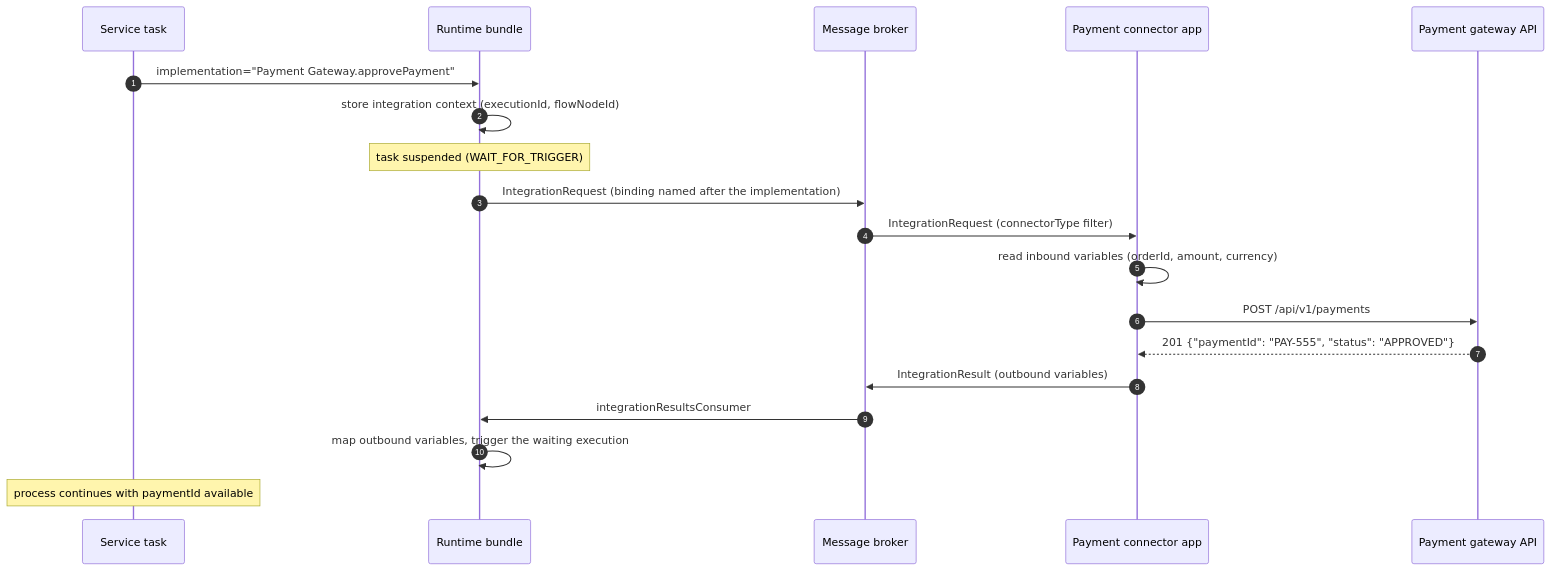
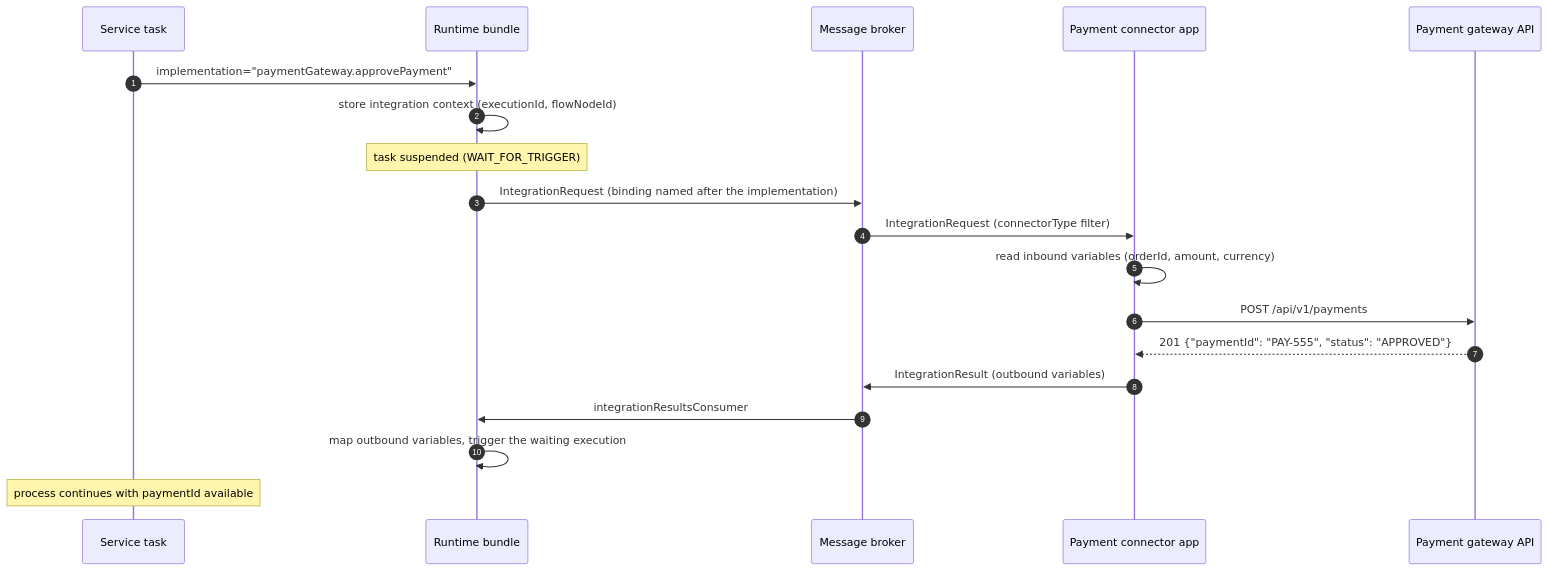
One commit to CaptainGlac1er/activiti-documentation changed the diagram in docs/cloud/connectors/outbound.md. Above: the diagram before and after it, drawn with Mermaid. The commit also changed other lines of this file and 14 other files, not shown here.

````diff
--- a/docs/cloud/connectors/outbound.md
+++ b/docs/cloud/connectors/outbound.md
@@ -17,22 +17,22 @@
 ```mermaid
 sequenceDiagram
     autonumber
     participant P as Service task
     participant RB as Runtime bundle
     participant MQ as Message broker
     participant C as Payment connector app
     participant PAY as Payment gateway API
 
-    P->>RB: implementation="Payment Gateway.approvePayment"
+    P->>RB: implementation="paymentGateway.approvePayment"
     RB->>RB: store integration context (executionId, flowNodeId)
     Note over RB: task suspended (WAIT_FOR_TRIGGER)
     RB->>MQ: IntegrationRequest (binding named after the implementation)
     MQ->>C: IntegrationRequest (connectorType filter)
     C->>C: read inbound variables (orderId, amount, currency)
     C->>PAY: POST /api/v1/payments
     PAY-->>C: 201 {"paymentId": "PAY-555", "status": "APPROVED"}
     C->>MQ: IntegrationResult (outbound variables)
     MQ->>RB: integrationResultsConsumer
     RB->>RB: map outbound variables, trigger the waiting execution
     Note over P: process continues with paymentId available
 ```
````
